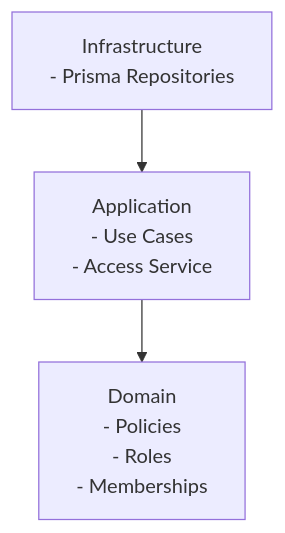
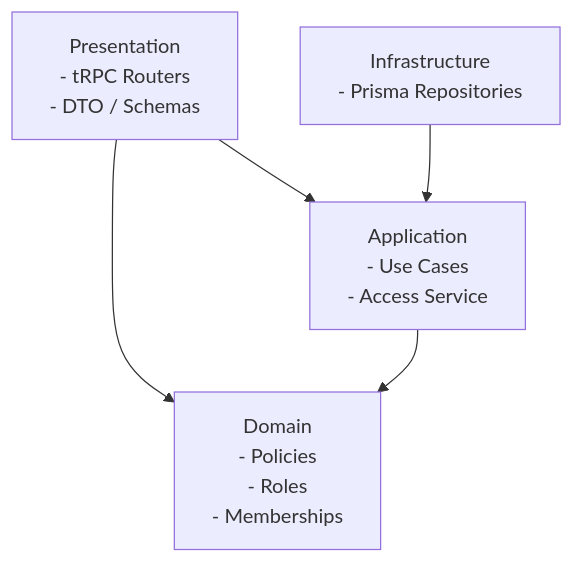
The diagram in docs/design/06_architecture_layers.md (leafeon-b/shogi-ken-log), drawn with Mermaid before and after one commit. The commit also changed other lines of this file and 2 other files, not shown here.

````diff
--- a/docs/design/06_architecture_layers.md
+++ b/docs/design/06_architecture_layers.md
@@ -27,15 +32,20 @@
 ```mermaid
 graph TD
+  Presentation[Presentation
+  - tRPC Routers
+  - DTO / Schemas]
   Domain[Domain
   - Policies
   - Roles
   - Memberships]
   App[Application
   - Use Cases
   - Access Service]
   Infra[Infrastructure
   - Prisma Repositories]
 
+  Presentation --> App
+  Presentation --> Domain
   App --> Domain
   Infra --> App
 ```
````
